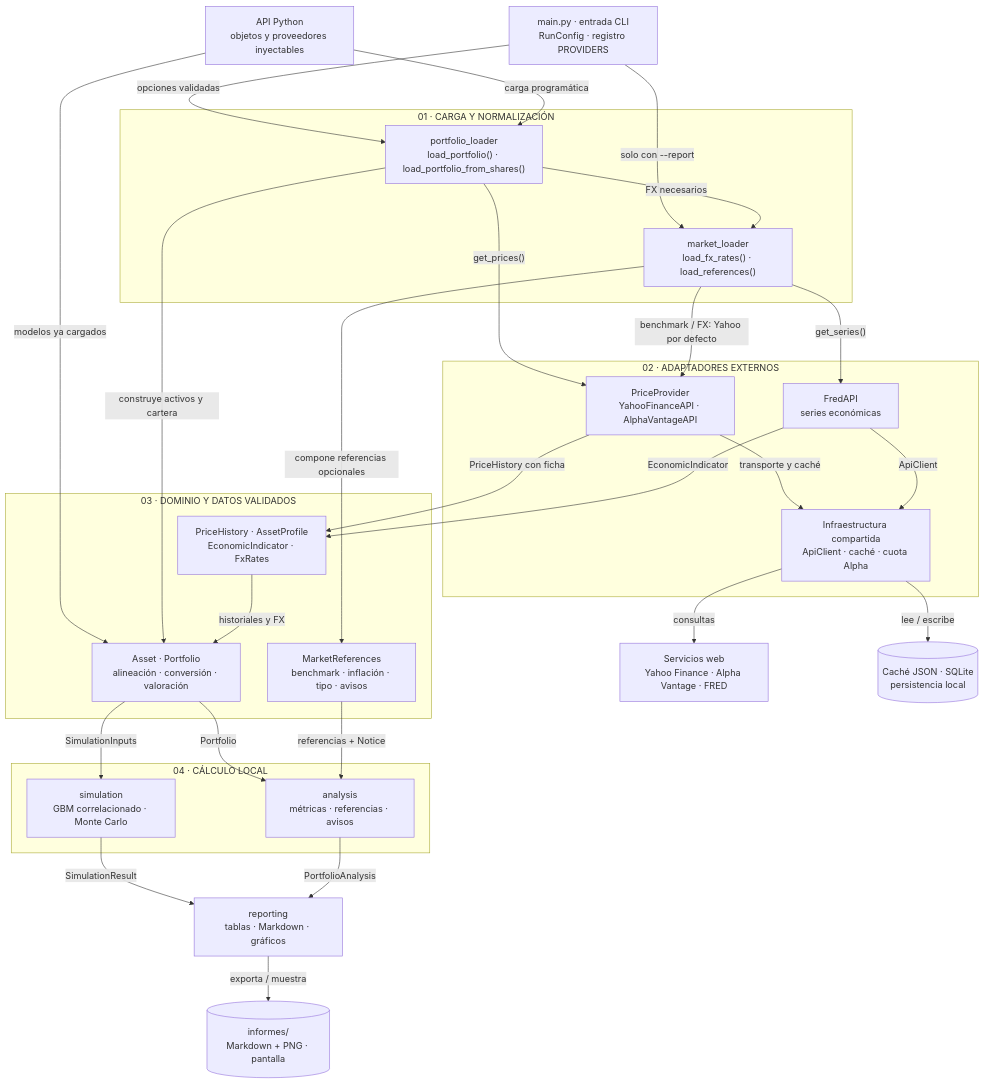
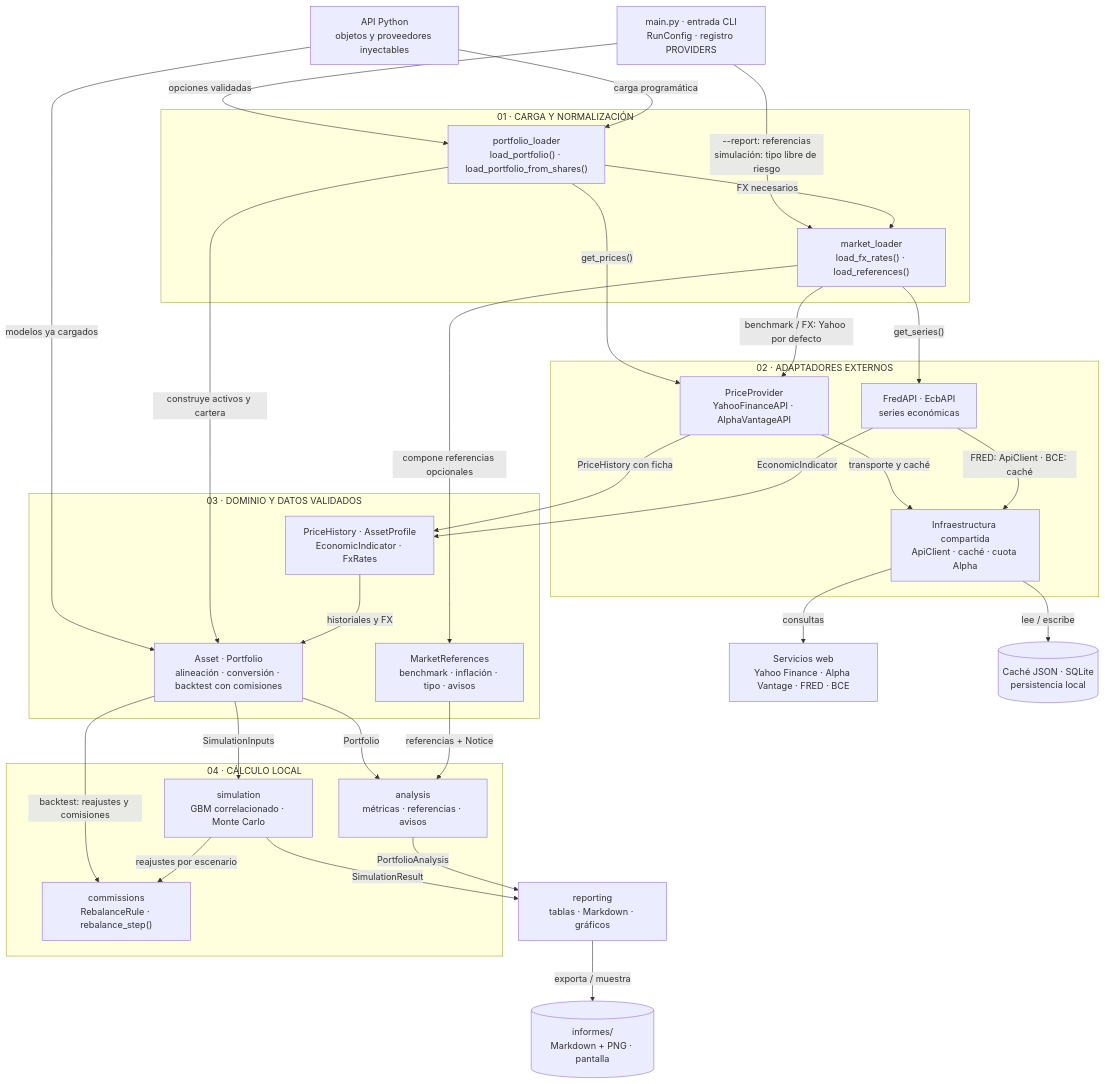
The diagram in diagramas/01-arquitectura.mmd (Diegopasfer1909/tallerb1-t1-equipo7), drawn with Mermaid before and after one commit. The commit also changed 29 other files, not shown here.

First line of the commit message:
Diagramas de arquitectura al día con las comisiones del rebalanceo

```diff
--- a/diagramas/01-arquitectura.mmd
+++ b/diagramas/01-arquitectura.mmd
@@ -1,56 +1,60 @@
 %% Componentes y responsabilidades: flechas de llamada/entrega, no de importación.
 %% Las fuentes auxiliares son las predeterminadas de CLI; Python admite inyección.
 %%{init: {"flowchart":{"curve":"basis","nodeSpacing":35,"rankSpacing":55}}}%%
 flowchart TB
     accTitle: B1-T1 · Arquitectura del sistema
     accDescr: Orquestación, adaptadores, dominio, cálculo y presentación.
     CLI["main.py · entrada CLI<br/>RunConfig · registro PROVIDERS"]
     PY["API Python<br/>objetos y proveedores inyectables"]
     subgraph LOAD["01 · CARGA Y NORMALIZACIÓN"]
         PL["portfolio_loader<br/>load_portfolio() · load_portfolio_from_shares()"]
         ML["market_loader<br/>load_fx_rates() · load_references()"]
     end
     subgraph ADAPTERS["02 · ADAPTADORES EXTERNOS"]
         PRICE["PriceProvider<br/>YahooFinanceAPI · AlphaVantageAPI"]
-        FRED["FredAPI<br/>series económicas"]
+        FRED["FredAPI · EcbAPI<br/>series económicas"]
         SUPPORT["Infraestructura compartida<br/>ApiClient · caché · cuota Alpha"]
     end
     subgraph DOMAIN["03 · DOMINIO Y DATOS VALIDADOS"]
         MARKET["PriceHistory · AssetProfile<br/>EconomicIndicator · FxRates"]
-        PORT["Asset · Portfolio<br/>alineación · conversión · valoración"]
+        PORT["Asset · Portfolio<br/>alineación · conversión · backtest con comisiones"]
         REF["MarketReferences<br/>benchmark · inflación · tipo · avisos"]
     end
     subgraph COMPUTE["04 · CÁLCULO LOCAL"]
         SIM["simulation<br/>GBM correlacionado · Monte Carlo"]
+        COMM["commissions<br/>RebalanceRule · rebalance_step()"]
         ANA["analysis<br/>métricas · referencias · avisos"]
     end
     REP["reporting<br/>tablas · Markdown · gráficos"]
-    NET["Servicios web<br/>Yahoo Finance · Alpha Vantage · FRED"]
+    NET["Servicios web<br/>Yahoo Finance · Alpha Vantage · FRED · BCE"]
     DISK[("Caché JSON · SQLite<br/>persistencia local")]
     OUTPUT[("informes/<br/>Markdown + PNG · pantalla")]
     CLI -->|"opciones validadas"| PL
-    CLI -->|"solo con --report"| ML
+    CLI -->|"--report: referencias<br/>simulación: tipo libre de riesgo"| ML
     PY -->|"carga programática"| PL
     PY -->|"modelos ya cargados"| PORT
     PL -->|"FX necesarios"| ML
     PL -->|"get_prices()"| PRICE
     ML -->|"benchmark / FX: Yahoo por defecto"| PRICE
     ML -->|"get_series()"| FRED
     PRICE -->|"transporte y caché"| SUPPORT
-    FRED -->|"ApiClient"| SUPPORT
+    FRED -->|"FRED: ApiClient · BCE: caché"| SUPPORT
     SUPPORT -->|"consultas"| NET
     SUPPORT -->|"lee / escribe"| DISK
     PRICE -->|"PriceHistory con ficha"| MARKET
     FRED -->|"EconomicIndicator"| MARKET
     PL -->|"construye activos y cartera"| PORT
     MARKET -->|"historiales y FX"| PORT
     ML -->|"compone referencias opcionales"| REF
     PORT -->|"SimulationInputs"| SIM
+    PORT -->|"backtest: reajustes y comisiones"| COMM
+    SIM -->|"reajustes por escenario"| COMM
     PORT -->|"Portfolio"| ANA
     REF -->|"referencias + Notice"| ANA
     SIM -->|"SimulationResult"| REP
     ANA -->|"PortfolioAnalysis"| REP
     REP -->|"exporta / muestra"| OUTPUT
 %% Yahoo usa yfinance y las funciones de caché, no ApiClient.
-%% Alpha y FRED usan ApiClient; solo Alpha instala callbacks de cuota.
+%% Alpha y FRED usan ApiClient; solo Alpha instala callbacks de cuota. EcbAPI usa curl_cffi y la caché.
+%% commissions aplica la misma RebalanceRule al backtest histórico y a Monte Carlo.
 %% El cálculo no descarga; reporting sí realiza E/S al exportar o mostrar.
```
